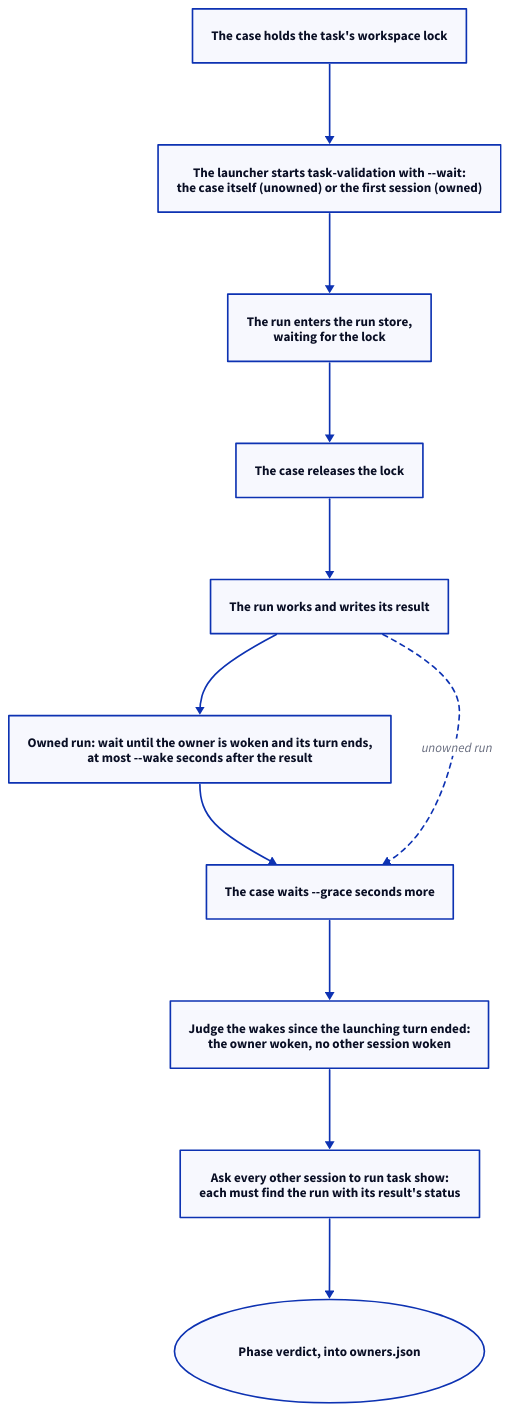
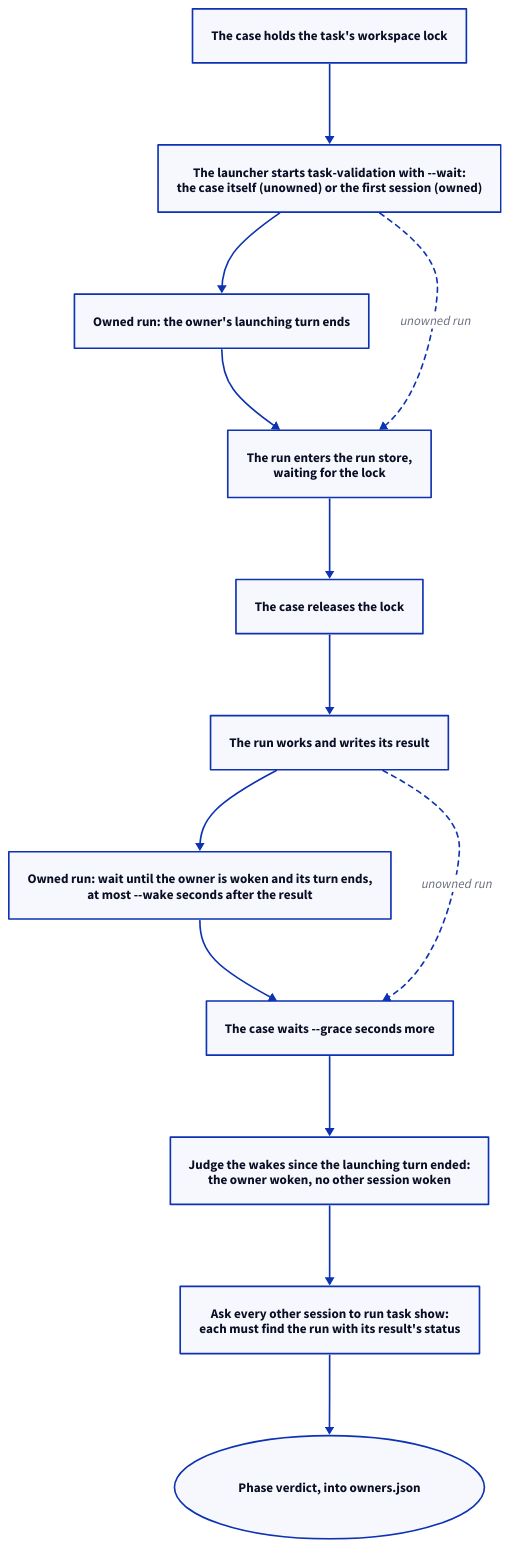
Before and after one commit to FTOD/concorde: the third of 3 diagrams in specs/concorde/e2e/module.md, drawn with D2. The commit also changed other lines of this file and 1 other file, not shown here.

Commit message:
E2E: owner-not-woken observes wake plus grace; the owners case waits for the launching turn

````diff
--- a/specs/concorde/e2e/module.md
+++ b/specs/concorde/e2e/module.md
@@ -303,15 +307,17 @@
 ```d2 illustrative
 direction: down
 hold: "The case holds the task's workspace lock"
 start: "The launcher starts task-validation with --wait:\nthe case itself (unowned) or the first session (owned)"
+turn: "Owned run: the owner's launching turn ends"
 store: "The run enters the run store,\nwaiting for the lock"
 release: "The case releases the lock"
 result: "The run works and writes its result"
 wake: "Owned run: wait until the owner is woken and its turn ends,\nat most --wake seconds after the result"
 grace: "The case waits --grace seconds more"
 judge: "Judge the wakes since the launching turn ended:\nthe owner woken, no other session woken"
 ask: "Ask every other session to run task show:\neach must find the run with its result's status"
 verdict: "Phase verdict, into owners.json" {shape: oval}
-hold -> start -> store -> release -> result -> wake -> grace -> judge -> ask -> verdict
+hold -> start -> turn -> store -> release -> result -> wake -> grace -> judge -> ask -> verdict
+start -> store: "unowned run" {style.stroke-dash: 3}
 result -> grace: "unowned run" {style.stroke-dash: 3}
 ```
````
